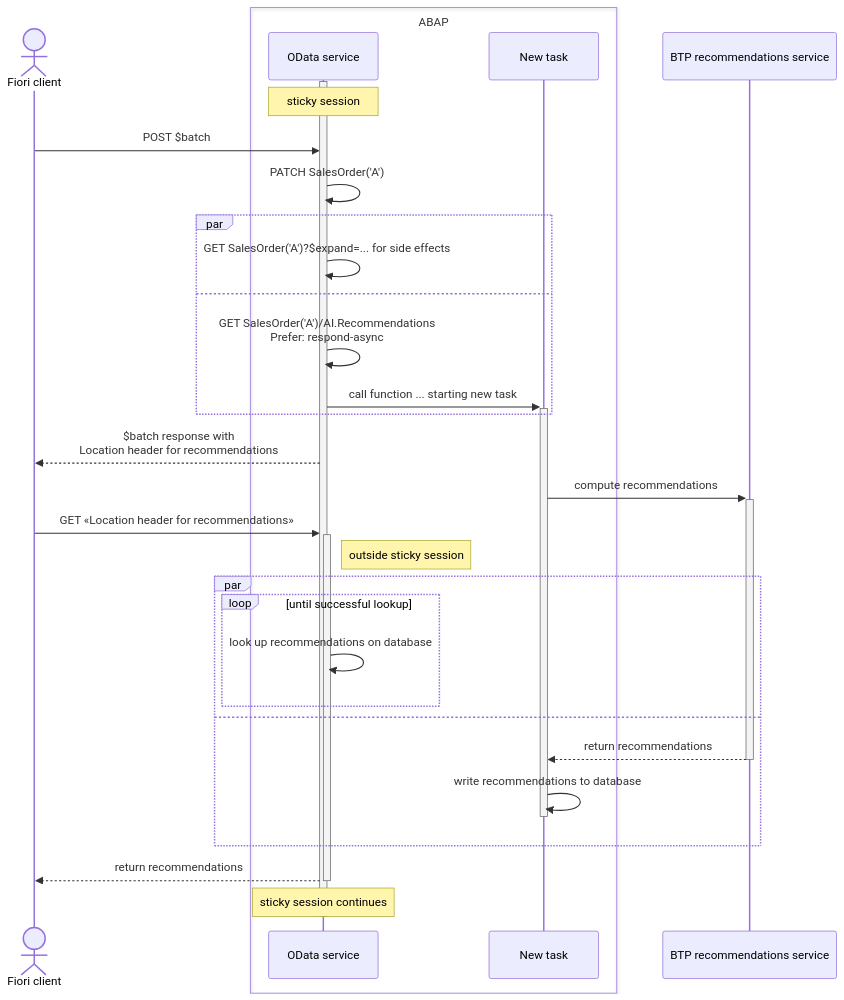
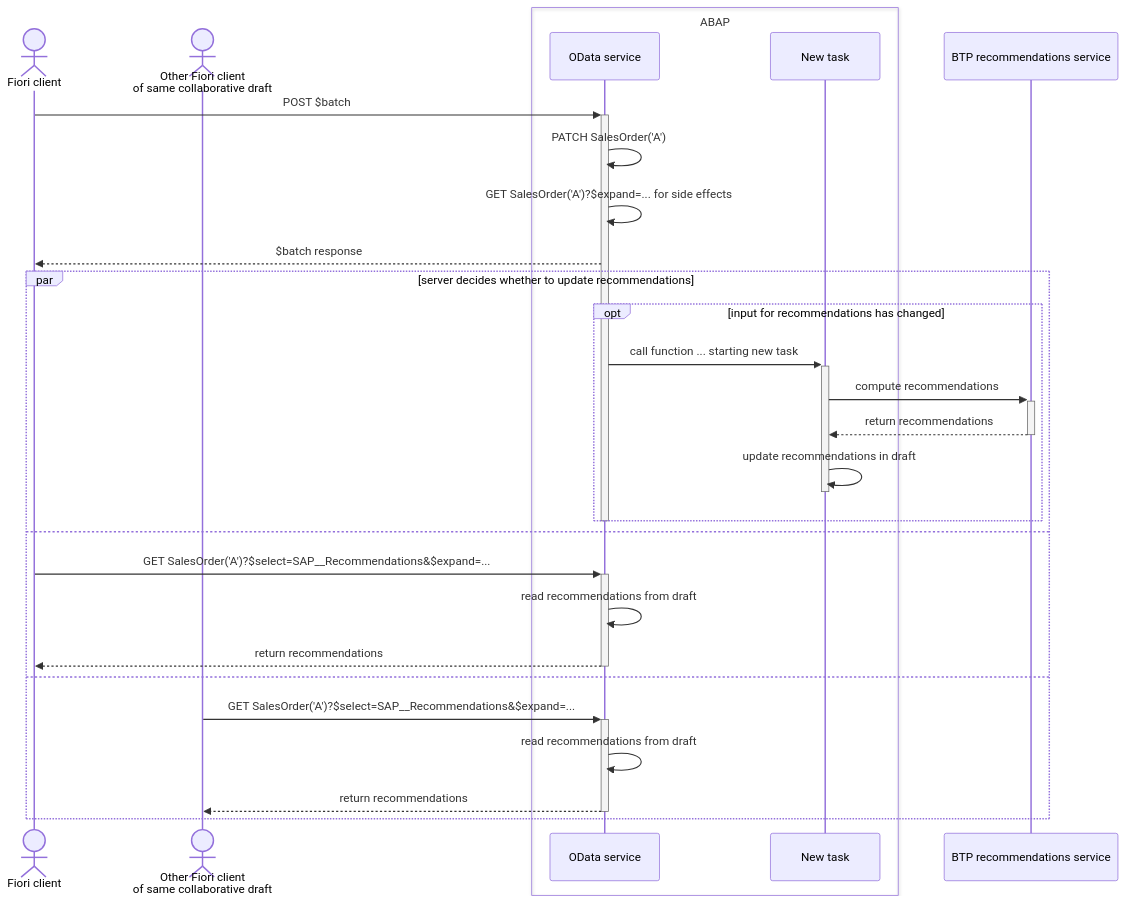
One commit to SAP/odata-vocabularies changed the diagram in docs/recommendations.md. Above: the diagram before and after it, drawn with Mermaid. The commit also changed other lines of this file and 3 other files, not shown here.

Commit message:
AI-based recommendations with draft

````diff
--- a/docs/recommendations.md
+++ b/docs/recommendations.md
@@ -3,35 +1,32 @@
 ```mermaid
 sequenceDiagram
   actor client as Fiori client
+  actor otherclient as Other Fiori client<br>of same collaborative draft
   box ABAP
     participant server as OData service
     participant task as New task
   end
   participant AI as BTP recommendations service
-  activate server
-  note over server: sticky session
-  client ->> server: POST $batch
+  client ->>+ server: POST $batch
   server ->> server: PATCH SalesOrder('A')
-  par
-    server ->> server: GET SalesOrder('A')?$expand=... for side effects
+  server ->> server: GET SalesOrder('A')?$expand=... for side effects
+  server -->> client: $batch response
+  par server decides whether to update recommendations
+    opt input for recommendations has changed
+      server ->>+ task: call function ... starting new task
+      task ->>+ AI: compute recommendations
+      AI -->>- task: return recommendations
+      task ->> task: update recommendations in draft
+      deactivate task
+    end
+    deactivate server
   and
-    server ->> server: GET SalesOrder('A')/AI.Recommendations<br>Prefer: respond-async
-    server ->>+ task: call function ... starting new task
+    client ->>+ server: GET SalesOrder('A')?$select=SAP__Recommendations&$expand=...
+    server ->> server: read recommendations from draft
+    server -->>- client: return recommendations
+  and
+    otherclient ->>+ server: GET SalesOrder('A')?$select=SAP__Recommendations&$expand=...
+    server ->> server: read recommendations from draft
+    server -->>- otherclient: return recommendations
   end
-  server -->> client: $batch response with<br>Location header for recommendations
-  task ->>+ AI: compute recommendations
-  client ->>+ server: GET «Location header for recommendations»
-  note right of server: outside sticky session
-  par
-    loop until successful lookup
-      server ->> server: look up recommendations on database
-    end
-  and
-    AI -->>- task: return recommendations
-    task ->> task: write recommendations to database
-    deactivate task
-  end
-  server -->>- client: return recommendations
-  note over server: sticky session continues
-  deactivate server
 ```
````
